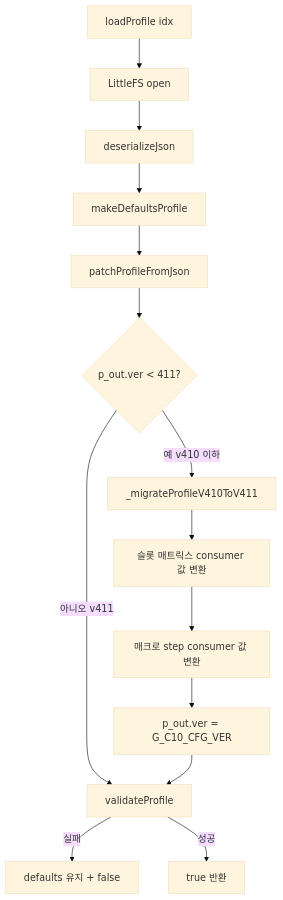
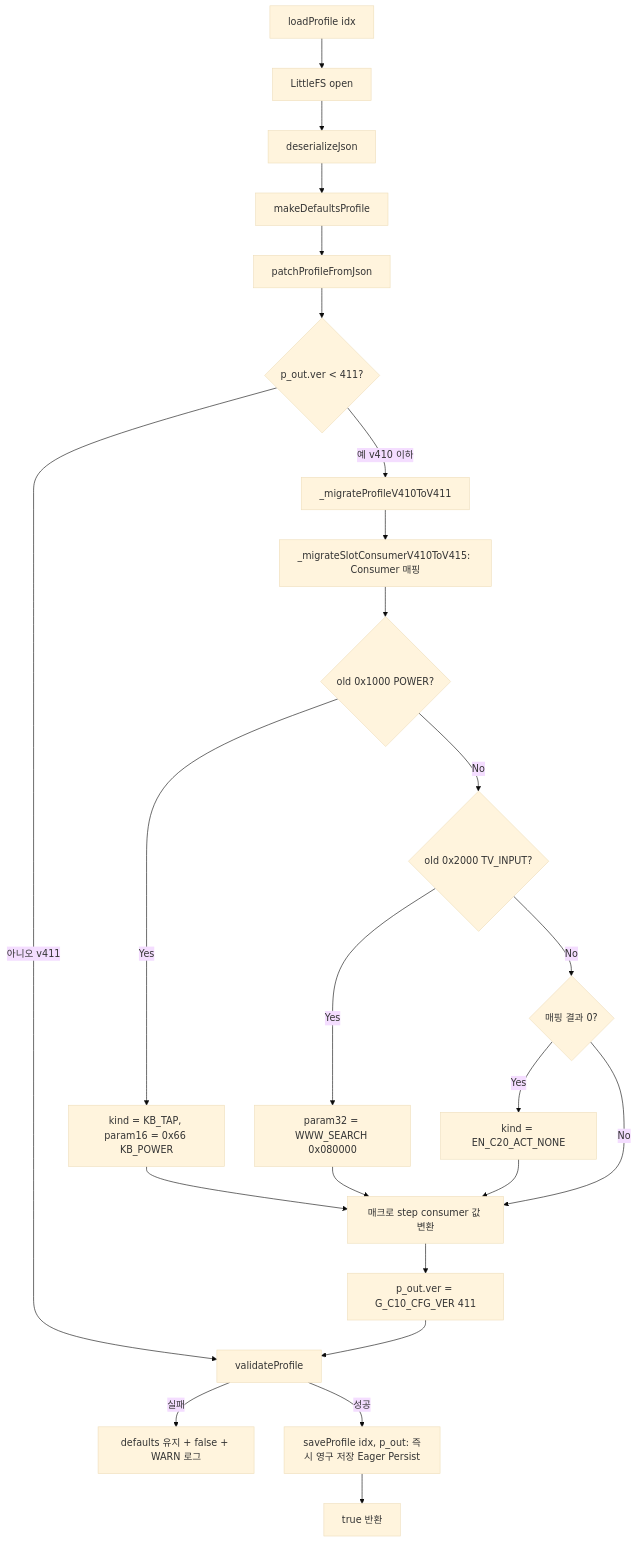
The ninth of 12 diagrams in src/v0415/docs_v0415/contract_doc/FLOW_0415.md (hosanglee-kr/esp32_AirMouse_002), drawn with Mermaid (base theme) before and after one commit. The commit also changed other lines of this file and 4 other files, not shown here.

````diff
--- a/src/v0415/docs_v0415/contract_doc/FLOW_0415.md
+++ b/src/v0415/docs_v0415/contract_doc/FLOW_0415.md
@@ -364,16 +364,26 @@
 ```mermaid
 flowchart TD
     Load[loadProfile idx] --> Open[LittleFS open]
     Open --> Parse[deserializeJson]
     Parse --> Defaults[makeDefaultsProfile]
     Defaults --> Patch[patchProfileFromJson]
     Patch --> VerCheck{p_out.ver < 411?}
     VerCheck -- 아니오 v411 --> Validate[validateProfile]
     VerCheck -- 예 v410 이하 --> Migrate[_migrateProfileV410ToV411]
-    Migrate --> SlotMig[슬롯 매트릭스 consumer 값 변환]
-    SlotMig --> MacroMig[매크로 step consumer 값 변환]
-    MacroMig --> VerUpdate[p_out.ver = G_C10_CFG_VER]
+    Migrate --> SlotMig[_migrateSlotConsumerV410ToV415: Consumer 매핑]
+    SlotMig --> PwrMig{old 0x1000 POWER?}
+    PwrMig -- Yes --> KbPwr[kind = KB_TAP, param16 = 0x66 KB_POWER]
+    PwrMig -- No --> TvMig{old 0x2000 TV_INPUT?}
+    TvMig -- Yes --> WwwSrch[param32 = WWW_SEARCH 0x080000]
+    TvMig -- No --> ZeroMig{매핑 결과 0?}
+    ZeroMig -- Yes --> NoneAct[kind = EN_C20_ACT_NONE]
+    ZeroMig -- No --> MacroMig[매크로 step consumer 값 변환]
+    KbPwr --> MacroMig
+    WwwSrch --> MacroMig
+    NoneAct --> MacroMig
+    MacroMig --> VerUpdate[p_out.ver = G_C10_CFG_VER 411]
     VerUpdate --> Validate
-    Validate -- 실패 --> Fallback[defaults 유지 + false]
-    Validate -- 성공 --> Ok[true 반환]
+    Validate -- 실패 --> Fallback[defaults 유지 + false + WARN 로그]
+    Validate -- 성공 --> Persist[saveProfile idx, p_out: 즉시 영구 저장 Eager Persist]
+    Persist --> Ok[true 반환]
 ```
````
